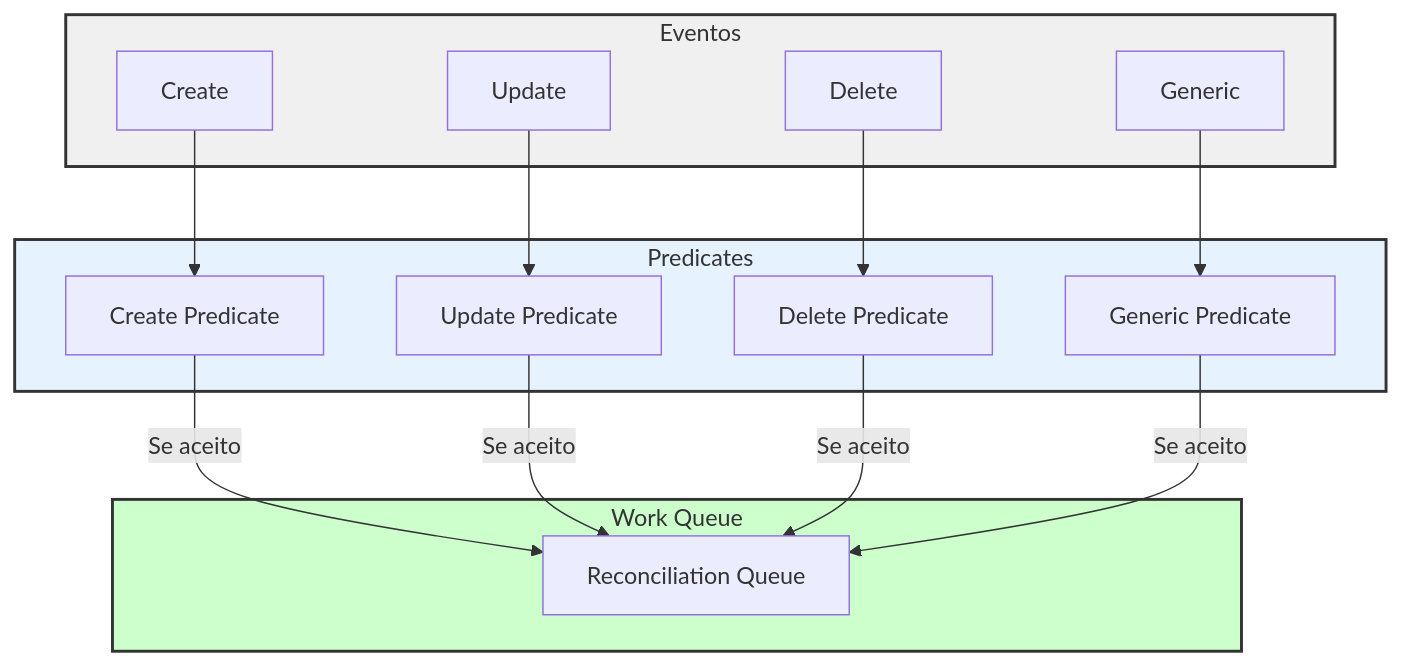
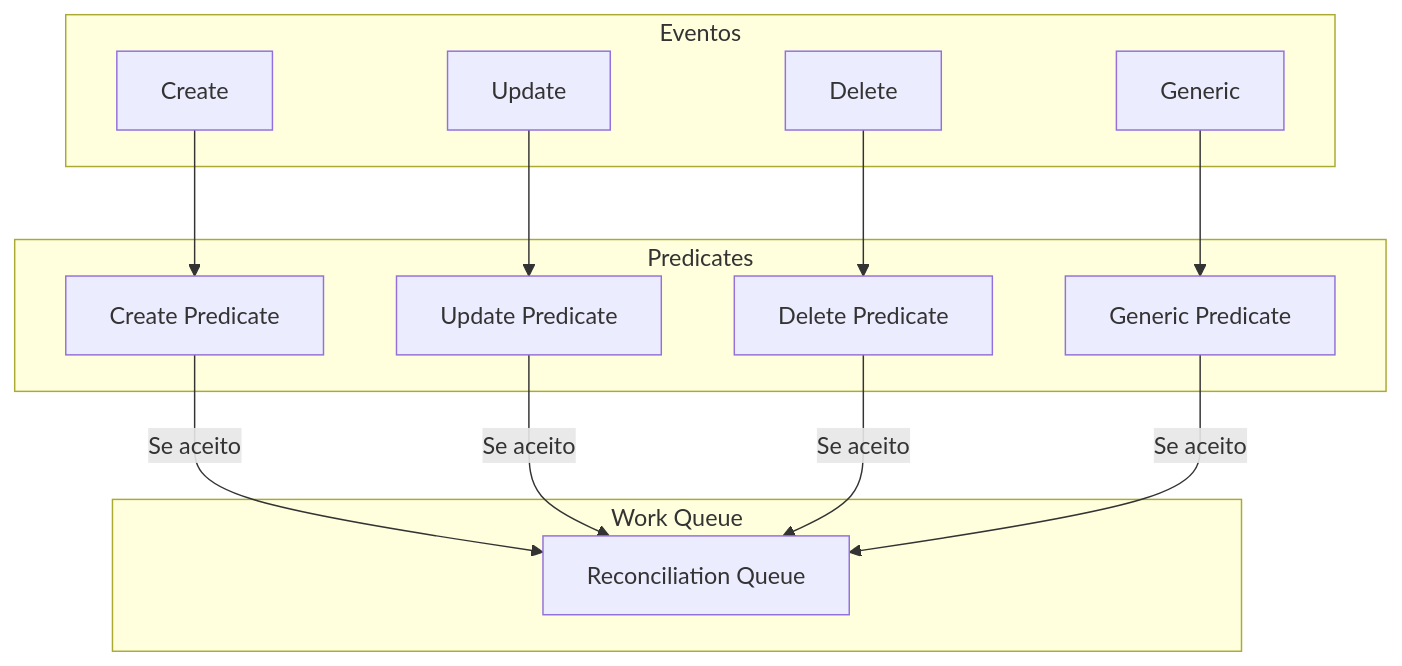
Before and after one commit to cloud104/tcloud-devops-k8s-operators-training: the third of 3 diagrams in docs/extras/predicates-kubebuilder.md, drawn with Mermaid. The commit also changed other lines of this file and 6 other files, not shown here.

First line of the commit message:
docs: revisa material teorico, corrige APIs e melhora diagramas

````diff
--- a/docs/extras/predicates-kubebuilder.md
+++ b/docs/extras/predicates-kubebuilder.md
@@ -90,31 +79,27 @@
 ```mermaid
 flowchart TD
     subgraph EVENTS ["Eventos"]
         C["Create"]
         U["Update"]
         D["Delete"]
         G["Generic"]
     end
     
     subgraph PREDICATES ["Predicates"]
         CP["Create Predicate"]
         UP["Update Predicate"]
         DP["Delete Predicate"]
         GP["Generic Predicate"]
     end
     
     subgraph QUEUE ["Work Queue"]
         RQ["Reconciliation Queue"]
     end
     
     C --> CP
     U --> UP
     D --> DP
     G --> GP
     
     CP & UP & DP & GP -->|"Se aceito"| RQ
-    
-    style EVENTS fill:#f0f0f0,stroke:#333,stroke-width:2px
-    style PREDICATES fill:#e6f3ff,stroke:#333,stroke-width:2px
-    style QUEUE fill:#ccffcc,stroke:#333,stroke-width:2px
 ```
````
